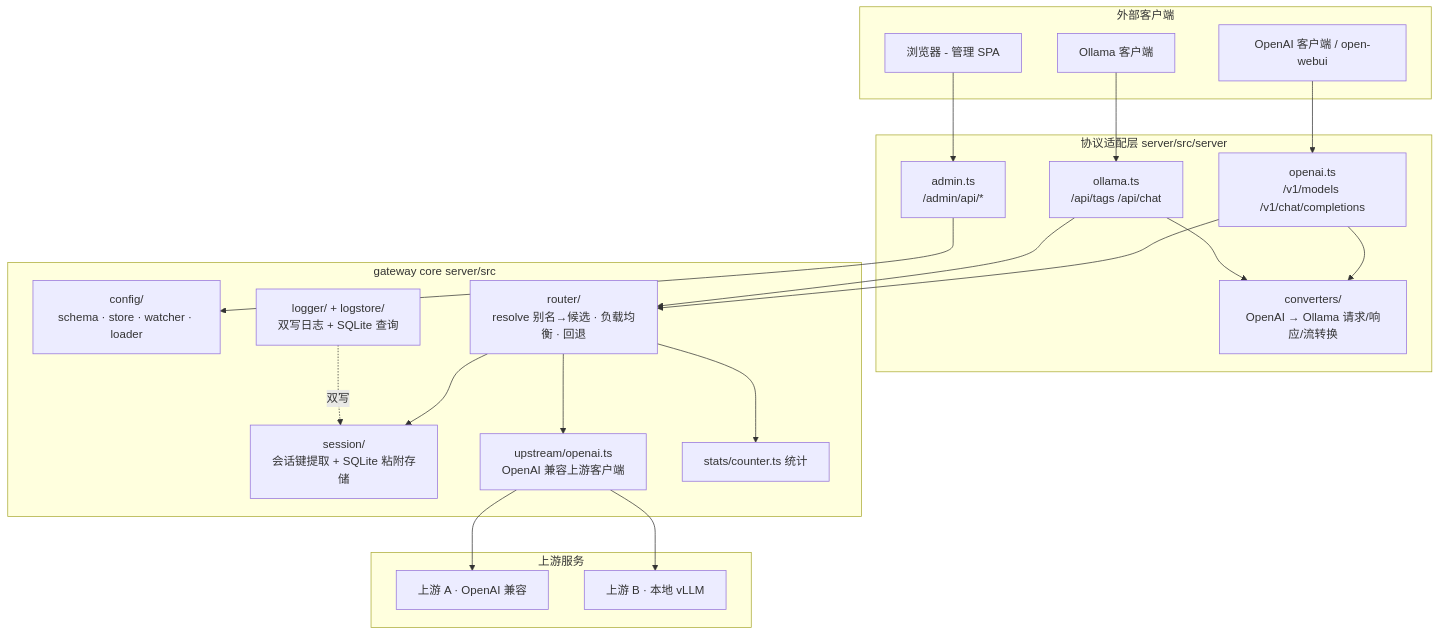
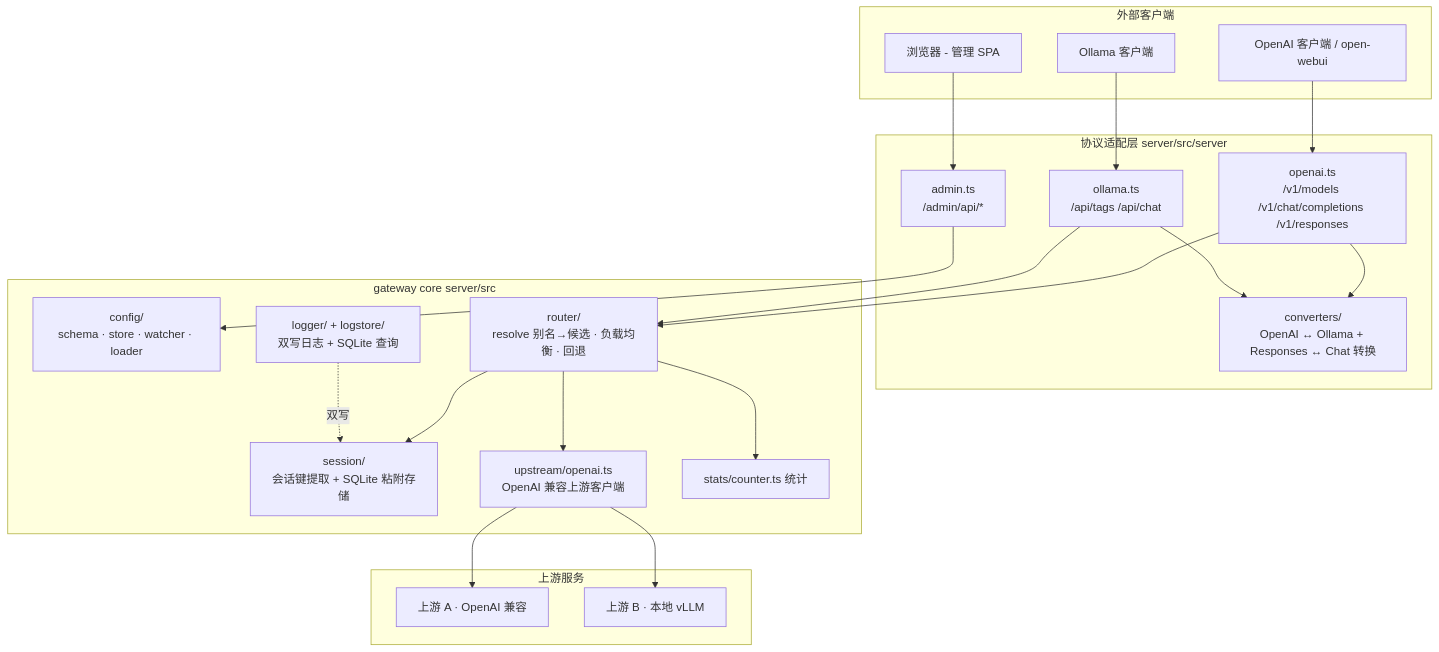
One commit to shudingbo/llmproxy changed the first of 3 diagrams in docs/architecture/overview.md. Above: the diagram before and after it, drawn with Mermaid. The commit also changed other lines of this file and 7 other files, not shown here.

````diff
--- a/docs/architecture/overview.md
+++ b/docs/architecture/overview.md
@@ -31,44 +33,44 @@
 ```mermaid
 flowchart TB
     subgraph 外部客户端
         C1[OpenAI 客户端 / open-webui]
         C2[Ollama 客户端]
         C3[浏览器 - 管理 SPA]
     end
 
     subgraph 协议适配层[协议适配层 server/src/server]
-        OAI[openai.ts<br/>/v1/models /v1/chat/completions]
+        OAI[openai.ts<br/>/v1/models /v1/chat/completions /v1/responses]
         OLL[ollama.ts<br/>/api/tags /api/chat]
         ADM[admin.ts<br/>/admin/api/*]
-        CV[converters/<br/>OpenAI → Ollama 请求/响应/流转换]
+        CV[converters/<br/>OpenAI ↔ Ollama + Responses ↔ Chat 转换]
     end
 
     subgraph gateway core[gateway core server/src]
         CFG[config/<br/>schema · store · watcher · loader]
         RT[router/<br/>resolve 别名→候选 · 负载均衡 · 回退]
         SESS[session/<br/>会话键提取 + SQLite 粘附存储]
         UP[upstream/openai.ts<br/>OpenAI 兼容上游客户端]
         ST[stats/counter.ts 统计]
         LG[logger/ + logstore/<br/>双写日志 + SQLite 查询]
     end
 
     subgraph 上游服务
         U1[上游 A · OpenAI 兼容]
         U2[上游 B · 本地 vLLM]
     end
 
     C1 --> OAI
     C2 --> OLL
     C3 --> ADM
     OAI --> RT
     OLL --> RT
     OAI --> CV
     OLL --> CV
     ADM --> CFG
     RT --> SESS
     RT --> UP
     RT --> ST
     UP --> U1
     UP --> U2
     LG -.双写.-> SESS
 ```
````
